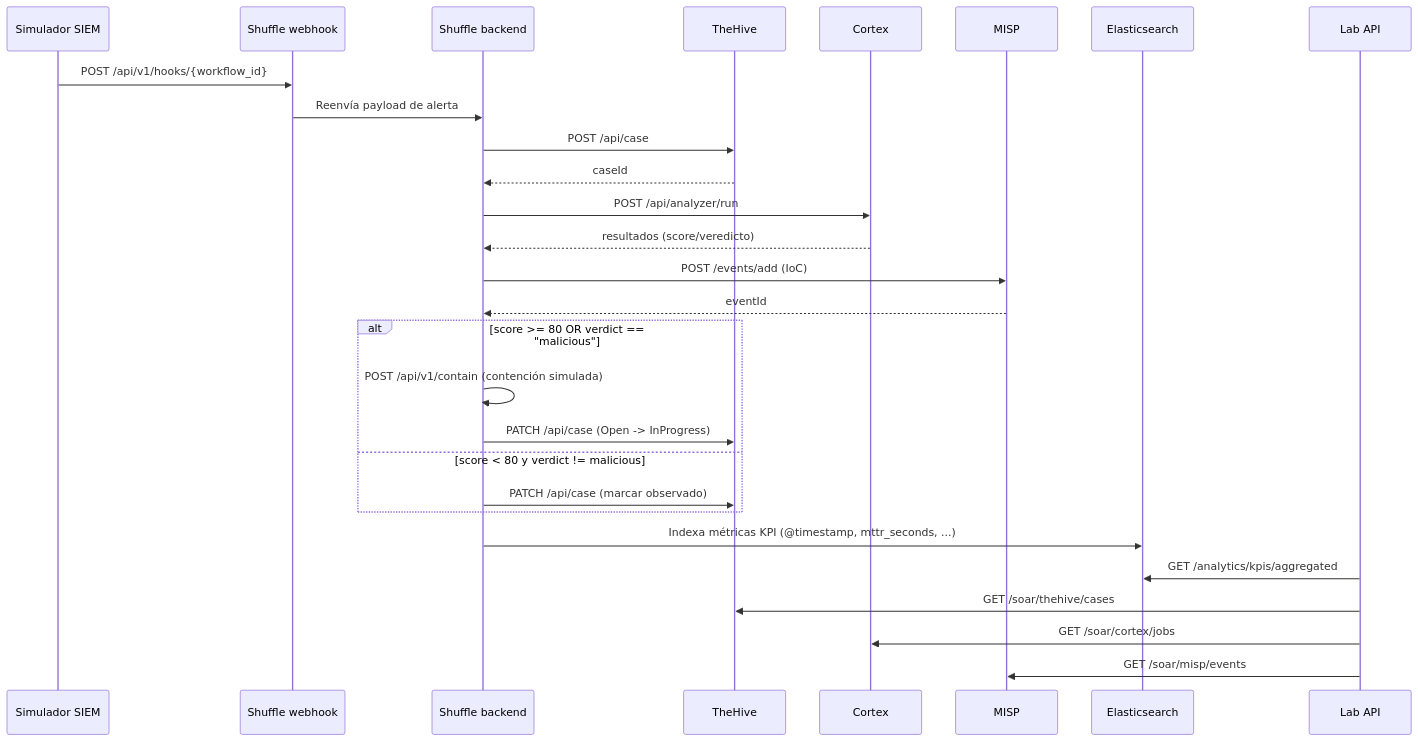
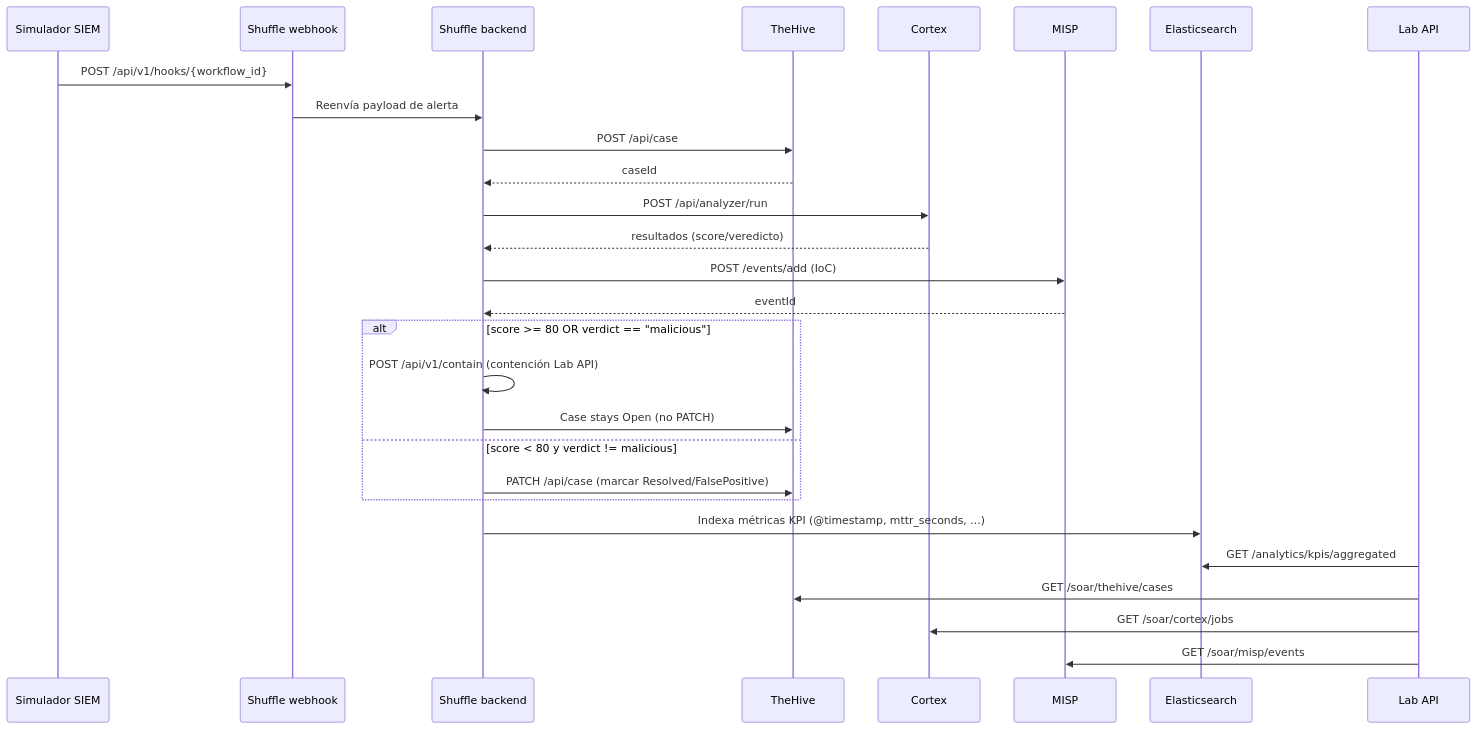
One commit to alesanfe/soar-ransomware-lab changed the fifth of 13 diagrams in docs/thesis/appendix_h.md. Above: the diagram before and after it, drawn with Mermaid. The commit also changed other lines of this file, not shown here.

````diff
--- a/docs/thesis/appendix_h.md
+++ b/docs/thesis/appendix_h.md
@@ -196,31 +196,31 @@
 ```mermaid
 sequenceDiagram
  participant Sim as Simulador SIEM
  participant Shuffle as Shuffle webhook
  participant Backend as Shuffle backend
  participant TheHive as TheHive
  participant Cortex as Cortex
  participant MISP as MISP
  participant ES as Elasticsearch
  participant API as Lab API
 
  Sim->>Shuffle: POST /api/v1/hooks/{workflow_id}
  Shuffle->>Backend: Reenvía payload de alerta
  Backend->>TheHive: POST /api/case
  TheHive-->>Backend: caseId
  Backend->>Cortex: POST /api/analyzer/run
  Cortex-->>Backend: resultados (score/veredicto)
  Backend->>MISP: POST /events/add (IoC)
  MISP-->>Backend: eventId
  alt score >= 80 OR verdict == "malicious"
- Backend->>Backend: POST /api/v1/contain (contención simulada)
- Backend->>TheHive: PATCH /api/case (Open -> InProgress)
+ Backend->>Backend: POST /api/v1/contain (contención Lab API)
+ Backend->>TheHive: Case stays Open (no PATCH)
  else score < 80 y verdict != malicious
- Backend->>TheHive: PATCH /api/case (marcar observado)
+ Backend->>TheHive: PATCH /api/case (marcar Resolved/FalsePositive)
  end
  Backend->>ES: Indexa métricas KPI (@timestamp, mttr_seconds, ...)
  API->>ES: GET /analytics/kpis/aggregated
  API->>TheHive: GET /soar/thehive/cases
  API->>Cortex: GET /soar/cortex/jobs
  API->>MISP: GET /soar/misp/events
 ```
````
